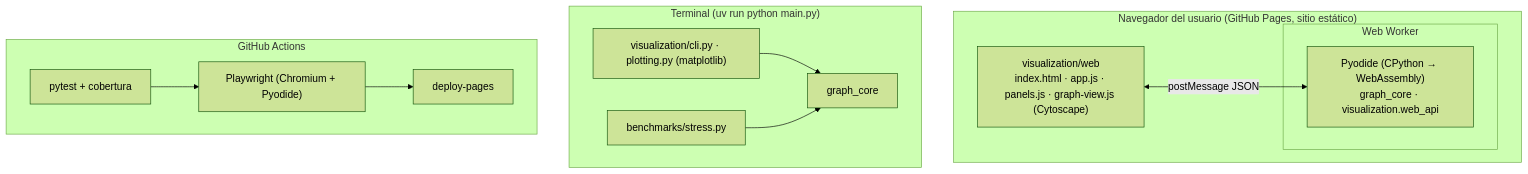
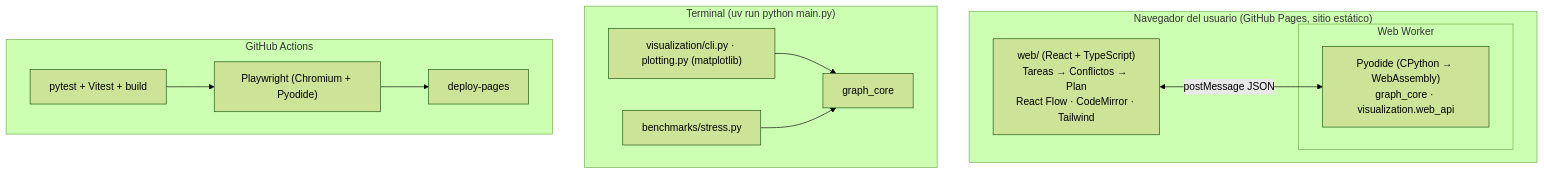
One commit to Djch18AtSchool/graph-resource-planner changed the first of 2 diagrams in docs/ARQUITECTURA.md. Above: the diagram before and after it, drawn with Mermaid (forest theme). The commit also changed other lines of this file and 46 other files, not shown here.

````diff
--- a/docs/ARQUITECTURA.md
+++ b/docs/ARQUITECTURA.md
@@ -31,17 +31,17 @@
 ```mermaid
 flowchart TB
     subgraph Navegador["Navegador del usuario (GitHub Pages, sitio estático)"]
-      UI["visualization/web<br/>index.html · app.js · panels.js · graph-view.js (Cytoscape)"]
+      UI["web/ (React + TypeScript)<br/>Tareas → Conflictos → Plan<br/>React Flow · CodeMirror · Tailwind"]
       subgraph Worker["Web Worker"]
         PY["Pyodide (CPython → WebAssembly)<br/>graph_core · visualization.web_api"]
       end
       UI <-->|postMessage JSON| PY
     end
     subgraph Terminal["Terminal (uv run python main.py)"]
       CLI["visualization/cli.py · plotting.py (matplotlib)"] --> GC["graph_core"]
       ST["benchmarks/stress.py"] --> GC
     end
     subgraph CI["GitHub Actions"]
-      TEST["pytest + cobertura"] --> E2E["Playwright (Chromium + Pyodide)"] --> DEP["deploy-pages"]
+      TEST["pytest + Vitest + build"] --> E2E["Playwright (Chromium + Pyodide)"] --> DEP["deploy-pages"]
     end
 ```
````
